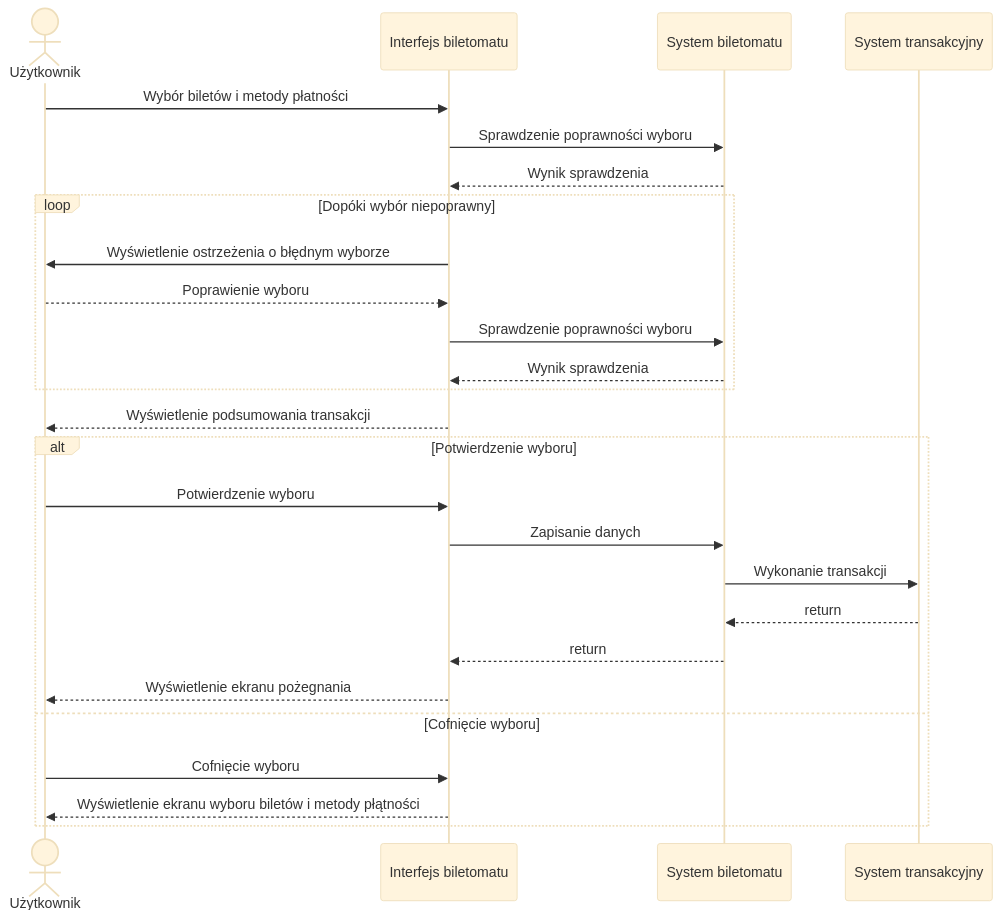
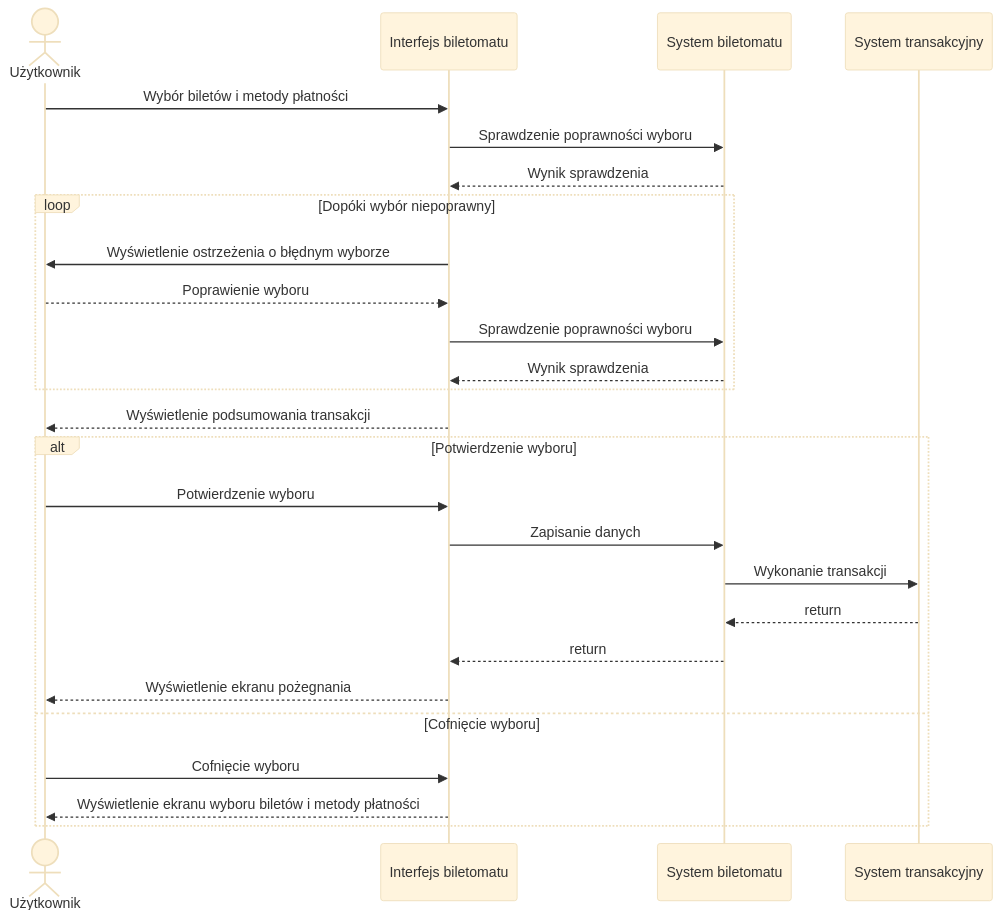
Before and after one commit to MarcinMarszewski/dowolna_nazwa: the sixth of 6 diagrams in userstories/user.md, drawn with Mermaid (base theme).

````diff
--- a/userstories/user.md
+++ b/userstories/user.md
@@ -274,36 +274,36 @@
 ```mermaid
 sequenceDiagram
   actor user as Użytkownik
   participant ui as Interfejs biletomatu
   participant sys as System biletomatu
   participant tsys as System transakcyjny
 
   user->>ui: Wybór biletów i metody płatności
   ui->>sys: Sprawdzenie poprawności wyboru
   sys-->>ui: Wynik sprawdzenia
 
   LOOP Dopóki wybór niepoprawny
     ui->>user: Wyświetlenie ostrzeżenia o błędnym wyborze
     user-->>ui: Poprawienie wyboru
     ui->>sys: Sprawdzenie poprawności wyboru
     sys-->>ui: Wynik sprawdzenia
   END
 
   ui-->>user: Wyświetlenie podsumowania transakcji
 
 
 
   ALT Potwierdzenie wyboru
     user->>ui: Potwierdzenie wyboru
     ui->>sys: Zapisanie danych
     sys->>tsys: Wykonanie transakcji
     tsys-->>sys: return
     sys-->>ui: return
     ui-->>user: Wyświetlenie ekranu pożegnania
   ELSE Cofnięcie wyboru
     user->>ui: Cofnięcie wyboru
-    ui-->>user: Wyświetlenie ekranu wyboru biletów i metody płątności
+    ui-->>user: Wyświetlenie ekranu wyboru biletów i metody płatności
   END
 
   
 ```
````
